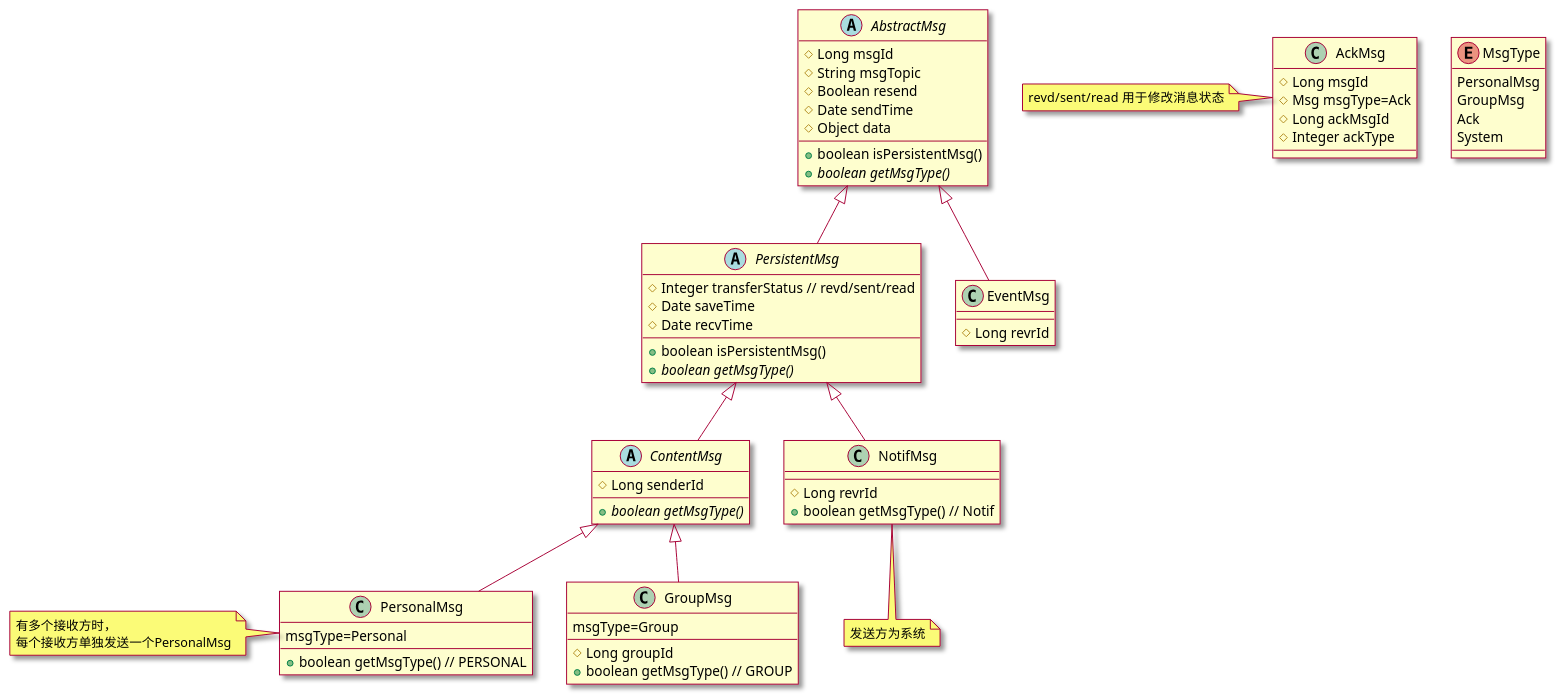
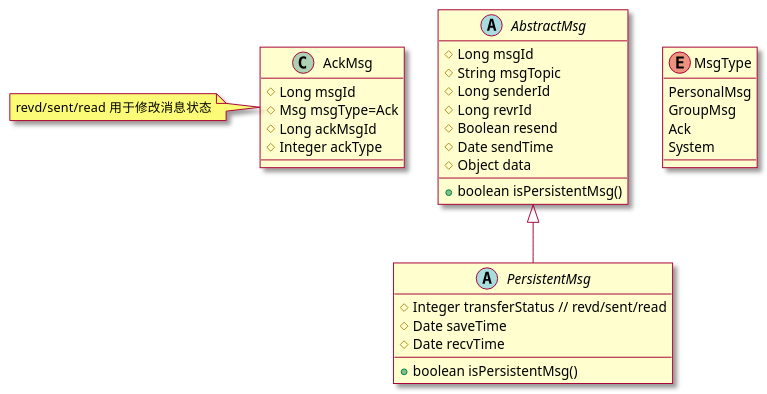
One commit to Etherealss/MessagePusher changed the diagram in uml/消息结构.puml. Above: the diagram before and after it, drawn with PlantUML. The commit also changed 1 other file, not shown here.

Commit message:
feature: 消息结构 uml 大幅度删改

```diff
--- a/uml/消息结构.puml
+++ b/uml/消息结构.puml
@@ -1,73 +1,42 @@
 @startuml
 skin rose
 'https://plantuml.com/class-diagram
 
 abstract class AbstractMsg {
     # Long msgId
     # String msgTopic
+    # Long senderId
+    # Long revrId
     # Boolean resend
     # Date sendTime
     # Object data
     + boolean isPersistentMsg()
-    + {abstract} boolean getMsgType()
 }
 
 abstract class PersistentMsg extends AbstractMsg {
-
     # Integer transferStatus // revd/sent/read
     # Date saveTime
     # Date recvTime
     + boolean isPersistentMsg()
-    + {abstract} boolean getMsgType()
 }
 
-abstract class ContentMsg extends PersistentMsg {
-    # Long senderId
-    + {abstract} boolean getMsgType()
-}
-
-class PersonalMsg extends ContentMsg {
-    msgType=Personal
-    ---
-    + boolean getMsgType() // PERSONAL
-}
-
-note left of PersonalMsg: 有多个接收方时，\n每个接收方单独发送一个PersonalMsg
-
-class GroupMsg extends ContentMsg {
-    msgType=Group
-    ---
-    # Long groupId
-    + boolean getMsgType() // GROUP
-}
 
 class AckMsg {
     # Long msgId
     # Msg msgType=Ack
     # Long ackMsgId
     # Integer ackType
 }
 
 note left of AckMsg {
     revd/sent/read  用于修改消息状态
 }
 
-class NotifMsg extends PersistentMsg {
-    ---
-    # Long revrId
-    + boolean getMsgType() // Notif
-}
-note bottom of NotifMsg: 发送方为系统
-
-class EventMsg extends AbstractMsg {
-    ---
-    # Long revrId
-}
 
 enum MsgType {
     PersonalMsg
     GroupMsg
     Ack
     System
 }
 @enduml
```
